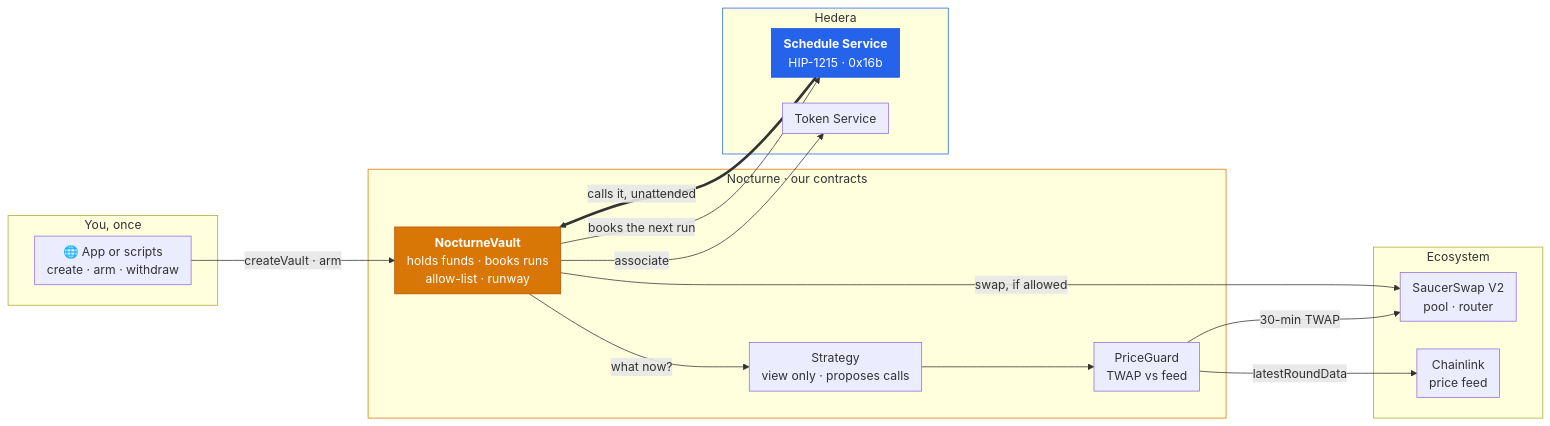
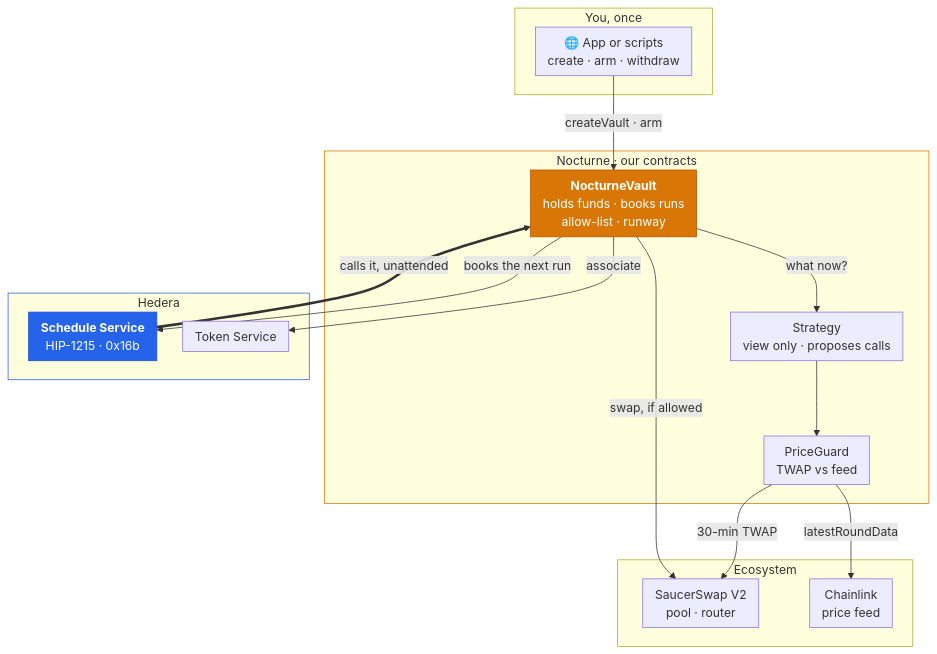
One commit to Madhav-Gupta-28/Nocturne changed the second of 2 diagrams in README.md. Above: the diagram before and after it, drawn with Mermaid. The commit also changed other lines of this file, not shown here.

First line of the commit message:
README: what you can build, the reference example compared, cleaner diagrams

````diff
--- a/README.md
+++ b/README.md
@@ -185,45 +217,45 @@
 ```mermaid
 ---
 config:
   flowchart:
     nodeSpacing: 34
-    rankSpacing: 70
+    rankSpacing: 50
     padding: 8
     useMaxWidth: true
 ---
-flowchart LR
+flowchart TB
     subgraph you["You, once"]
         UI["🌐 App or scripts<br/>create · arm · withdraw"]
     end
 
     subgraph nocturne["Nocturne · our contracts"]
         V["<b>NocturneVault</b><br/>holds funds · books runs<br/>allow-list · runway"]
         S["Strategy<br/>view only · proposes calls"]
         PG["PriceGuard<br/>TWAP vs feed"]
     end
 
     subgraph hedera["Hedera"]
         HSS["<b>Schedule Service</b><br/>HIP-1215 · 0x16b"]
         HTS["Token Service"]
     end
 
     subgraph eco["Ecosystem"]
         SS["SaucerSwap V2<br/>pool · router"]
         CL["Chainlink<br/>price feed"]
     end
 
     UI -->|"createVault · arm"| V
     V -->|"books the next run"| HSS
     HSS ==>|"calls it, unattended"| V
     V -->|"what now?"| S
     S --> PG
     PG -->|"30-min TWAP"| SS
     PG -->|"latestRoundData"| CL
     V -->|"swap, if allowed"| SS
     V -->|"associate"| HTS
 
     style V fill:#D97706,stroke:#B45309,color:#FFFFFF
     style HSS fill:#2563EB,stroke:#1D4ED8,color:#FFFFFF
     style nocturne stroke:#D97706
     style hedera stroke:#2563EB
 ```
````
